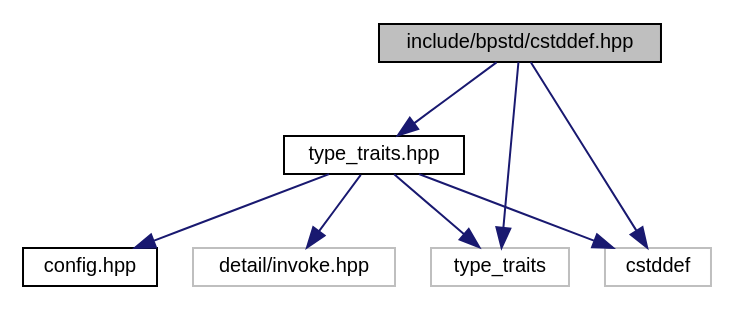
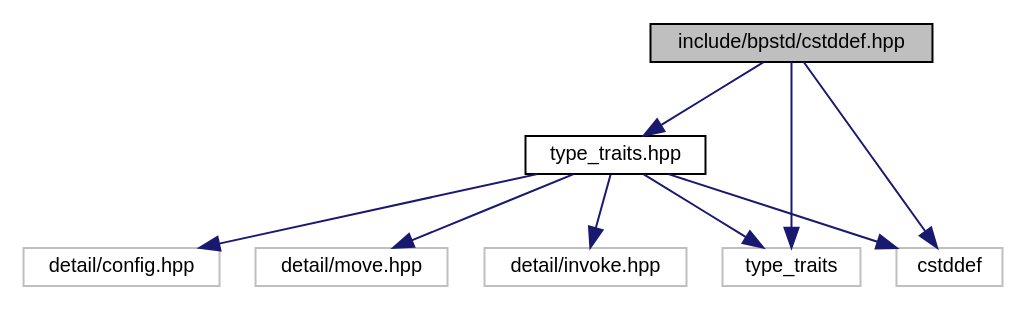
One commit to bitwizeshift/BackportCpp changed the diagram in api/latest/d1/df1/cstddef_8hpp__incl.dot. Above: the diagram before and after it, drawn with Graphviz. The commit also changed 67 other files, not shown here.

```diff
--- a/api/latest/d1/df1/cstddef_8hpp__incl.dot
+++ b/api/latest/d1/df1/cstddef_8hpp__incl.dot
@@ -1,18 +1,20 @@
 digraph "include/bpstd/cstddef.hpp"
 {
   edge [fontname="Helvetica",fontsize="10",labelfontname="Helvetica",labelfontsize="10"];
   node [fontname="Helvetica",fontsize="10",shape=record];
   Node0 [label="include/bpstd/cstddef.hpp",height=0.2,width=0.4,color="black", fillcolor="grey75", style="filled", fontcolor="black"];
   Node0 -> Node1 [color="midnightblue",fontsize="10",style="solid",fontname="Helvetica"];
   Node1 [label="type_traits.hpp",height=0.2,width=0.4,color="black", fillcolor="white", style="filled",URL="$dc/d54/type__traits_8hpp.html",tooltip="This header provides definitions from the C++ header <type_traits> "];
   Node1 -> Node2 [color="midnightblue",fontsize="10",style="solid",fontname="Helvetica"];
-  Node2 [label="config.hpp",height=0.2,width=0.4,color="black", fillcolor="white", style="filled",URL="$d8/dfd/config_8hpp.html",tooltip="This header provides configuration data for the bpstd library. "];
+  Node2 [label="detail/config.hpp",height=0.2,width=0.4,color="grey75", fillcolor="white", style="filled"];
   Node1 -> Node3 [color="midnightblue",fontsize="10",style="solid",fontname="Helvetica"];
-  Node3 [label="detail/invoke.hpp",height=0.2,width=0.4,color="grey75", fillcolor="white", style="filled"];
+  Node3 [label="detail/move.hpp",height=0.2,width=0.4,color="grey75", fillcolor="white", style="filled"];
   Node1 -> Node4 [color="midnightblue",fontsize="10",style="solid",fontname="Helvetica"];
-  Node4 [label="type_traits",height=0.2,width=0.4,color="grey75", fillcolor="white", style="filled"];
+  Node4 [label="detail/invoke.hpp",height=0.2,width=0.4,color="grey75", fillcolor="white", style="filled"];
   Node1 -> Node5 [color="midnightblue",fontsize="10",style="solid",fontname="Helvetica"];
-  Node5 [label="cstddef",height=0.2,width=0.4,color="grey75", fillcolor="white", style="filled"];
-  Node0 -> Node4 [color="midnightblue",fontsize="10",style="solid",fontname="Helvetica"];
+  Node5 [label="type_traits",height=0.2,width=0.4,color="grey75", fillcolor="white", style="filled"];
+  Node1 -> Node6 [color="midnightblue",fontsize="10",style="solid",fontname="Helvetica"];
+  Node6 [label="cstddef",height=0.2,width=0.4,color="grey75", fillcolor="white", style="filled"];
   Node0 -> Node5 [color="midnightblue",fontsize="10",style="solid",fontname="Helvetica"];
+  Node0 -> Node6 [color="midnightblue",fontsize="10",style="solid",fontname="Helvetica"];
 }
```
